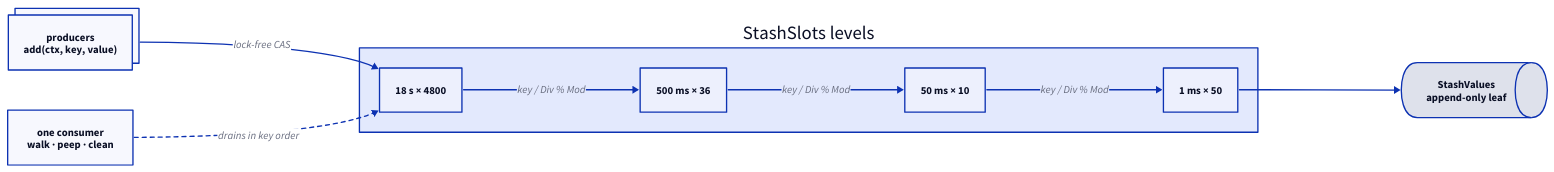
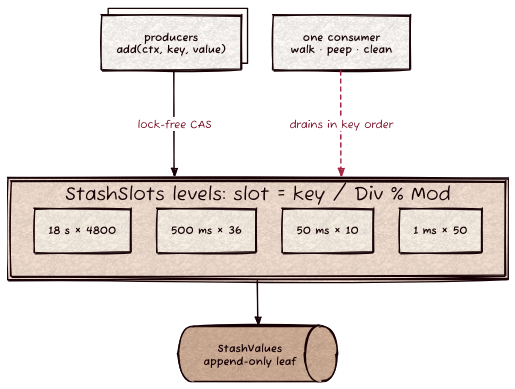
Before and after one commit to Kronuz/stash: the diagram in docs/stash.d2, drawn with D2. The commit also changed 4 other files, not shown here.

First line of the commit message:
Shape the README to the family standard; fit the diagram to 812x608 [skip ci]

```diff
--- a/docs/stash.d2
+++ b/docs/stash.d2
@@ -1,30 +1,32 @@
 # stash: many producers insert lock-free; one consumer drains in key order.
 # Render: d2 --layout elk --sketch --theme 302 docs/stash.d2 docs/stash.svg
-direction: right
+vars: { d2-config: { layout-engine: elk; theme-id: 302; sketch: true; pad: 24 } }
+direction: down
 
 producers: Producers {
   shape: rectangle
   style.multiple: true
   label: "producers\nadd(ctx, key, value)"
 }
 
-wheel: StashSlots levels {
+consumer: Consumer {
+  label: "one consumer\nwalk · peep · clean"
+}
+
+wheel: "StashSlots levels: slot = key / Div % Mod" {
+  grid-columns: 4
+  grid-gap: 40
   l1: "18 s × 4800"
   l2: "500 ms × 36"
   l3: "50 ms × 10"
   l4: "1 ms × 50"
-  l1 -> l2 -> l3 -> l4: "key / Div % Mod"
 }
 
 leaf: StashValues leaf {
   shape: queue
   label: "StashValues\nappend-only leaf"
 }
 
-consumer: Consumer {
-  label: "one consumer\nwalk · peep · clean"
-}
-
-producers -> wheel.l1: "lock-free CAS"
-wheel.l4 -> leaf
-consumer -> wheel.l1: "drains in key order" {style.stroke-dash: 3}
+producers -> wheel: "lock-free CAS"
+wheel -> leaf
+consumer -> wheel: "drains in key order" {style.stroke-dash: 3}
```
